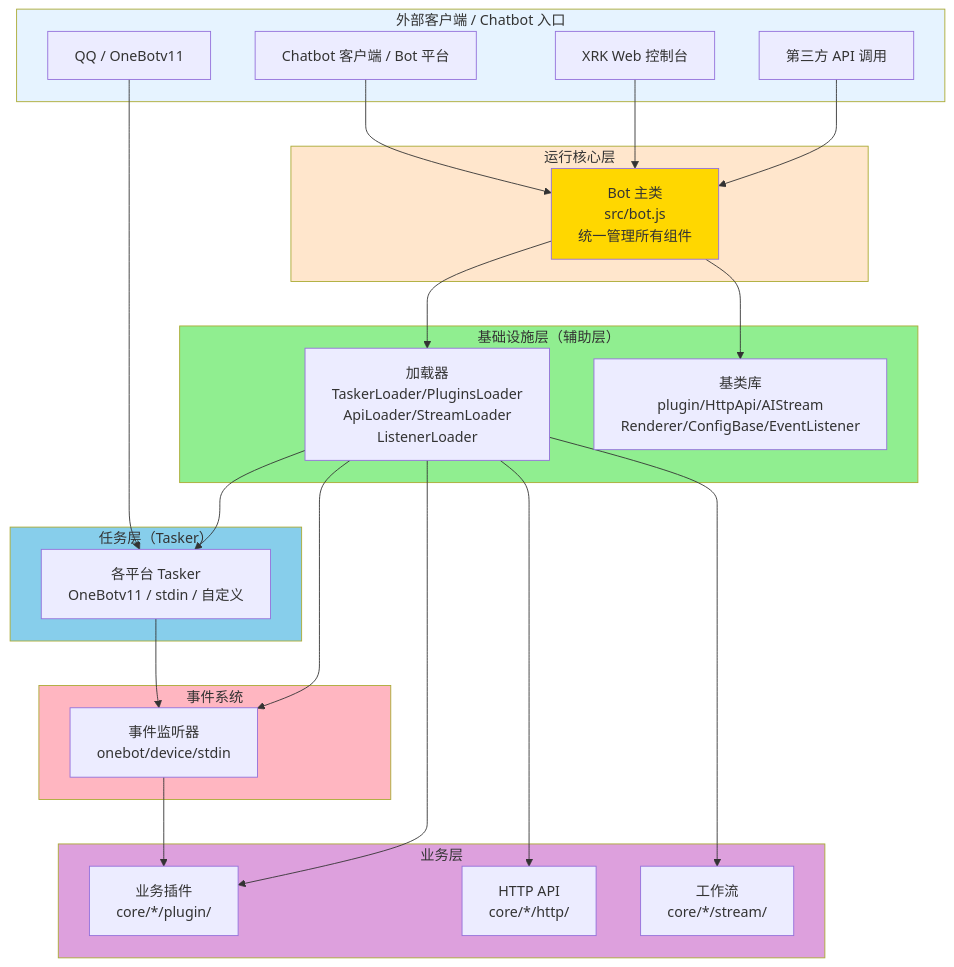
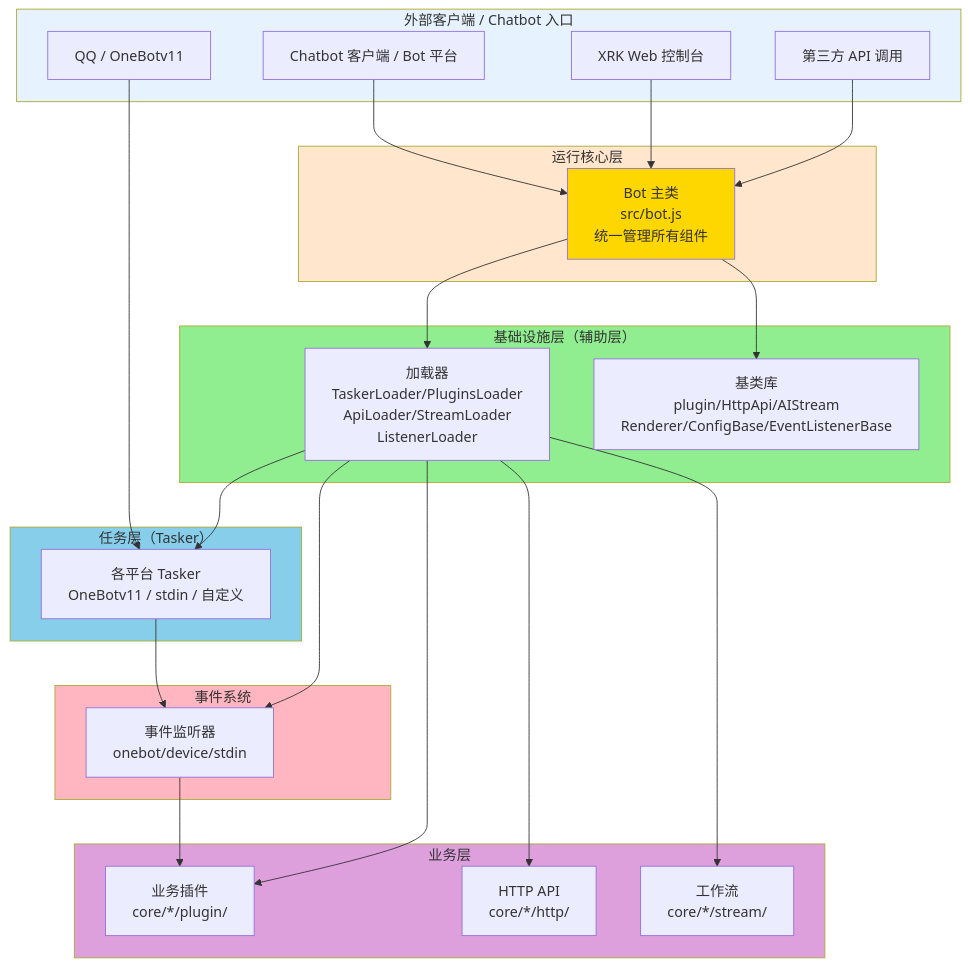
Before and after one commit to sunflowermm/XRK-AGT: the diagram in docs/README.md, drawn with Mermaid. The commit also changed other lines of this file and 27 other files, not shown here.

````diff
--- a/docs/README.md
+++ b/docs/README.md
@@ -21,56 +21,56 @@
 ```mermaid
 flowchart TB
     subgraph Clients["外部客户端 / Chatbot 入口"]
         QQ["QQ / OneBotv11"]
         ChatbotClient["Chatbot 客户端 / Bot 平台"]
         WebUI["XRK Web 控制台"]
         ThirdAPI["第三方 API 调用"]
     end
 
     subgraph Runtime["运行核心层"]
         Bot["Bot 主类<br/>src/bot.js<br/>统一管理所有组件"]
     end
 
     subgraph Infrastructure["基础设施层（辅助层）"]
         Loaders["加载器<br/>TaskerLoader/PluginsLoader<br/>ApiLoader/StreamLoader<br/>ListenerLoader"]
-        BaseClasses["基类库<br/>plugin/HttpApi/AIStream<br/>Renderer/ConfigBase/EventListener"]
+        BaseClasses["基类库<br/>plugin/HttpApi/AIStream<br/>Renderer/ConfigBase/EventListenerBase"]
     end
 
     subgraph Tasker["任务层（Tasker）"]
         Taskers["各平台 Tasker<br/>OneBotv11 / stdin / 自定义"]
     end
 
     subgraph Events["事件系统"]
         Listeners["事件监听器<br/>onebot/device/stdin"]
     end
 
     subgraph Business["业务层"]
         Plugins["业务插件<br/>core/*/plugin/"]
         APIs["HTTP API<br/>core/*/http/"]
         Streams["工作流<br/>core/*/stream/"]
     end
 
     QQ --> Taskers
     ChatbotClient --> Bot
     WebUI --> Bot
     ThirdAPI --> Bot
 
     Bot --> Loaders
     Bot --> BaseClasses
     Loaders --> Taskers
     Loaders --> Listeners
     Loaders --> Plugins
     Loaders --> APIs
     Loaders --> Streams
     Taskers --> Listeners
     Listeners --> Plugins
 
     style Clients fill:#E6F3FF
     style Runtime fill:#FFE6CC
     style Infrastructure fill:#90EE90
     style Tasker fill:#87CEEB
     style Events fill:#FFB6C1
     style Business fill:#DDA0DD
 
     style Bot fill:#FFD700
 ```
````
